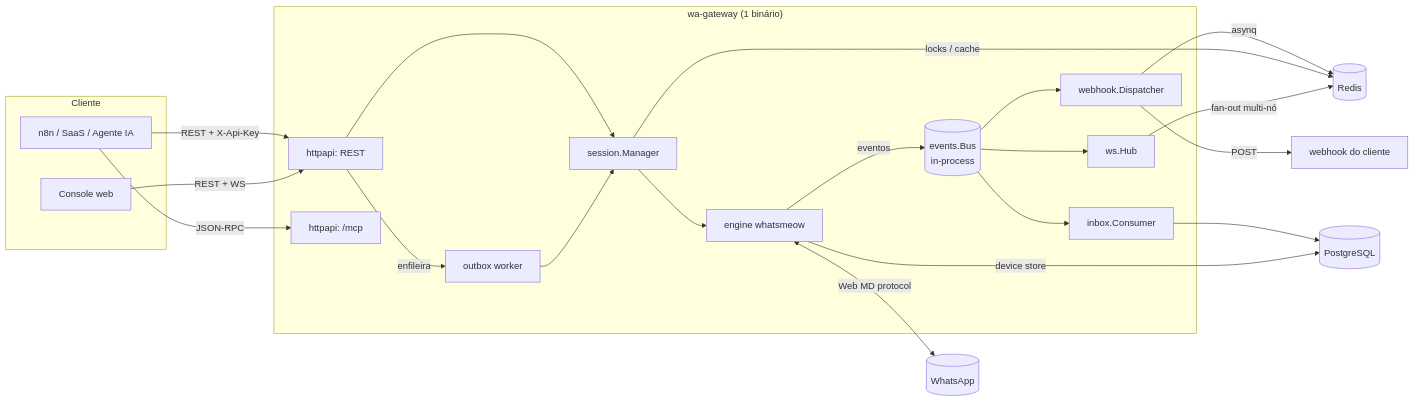
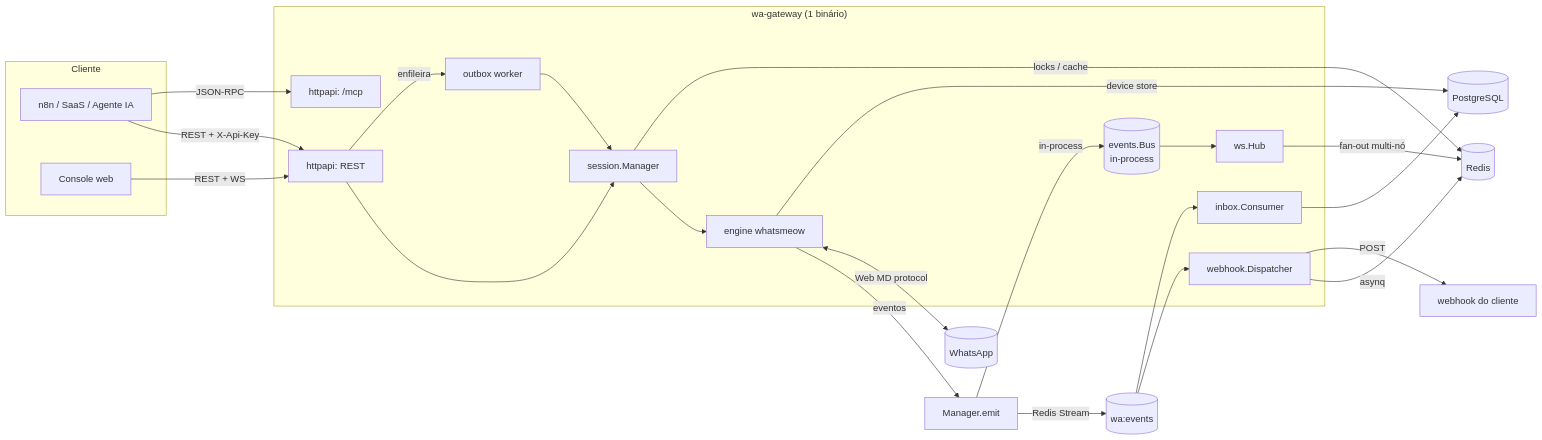
The first of 4 diagrams in docs/ARCHITECTURE.md (fdsriopreto-code/wa-gateway), drawn with Mermaid before and after one commit. The commit also changed other lines of this file and 9 other files, not shown here.

First line of the commit message:
Log durável de eventos: Redis Stream + consumer groups (webhook, inbox)

````diff
--- a/docs/ARCHITECTURE.md
+++ b/docs/ARCHITECTURE.md
@@ -14,38 +14,40 @@
 ```mermaid
 flowchart LR
   subgraph Cliente
     N8N[n8n / SaaS / Agente IA]
     UI[Console web]
   end
 
   N8N -->|REST + X-Api-Key| API
   N8N -->|JSON-RPC| MCP
   UI -->|REST + WS| API
 
   subgraph "wa-gateway (1 binário)"
     API[httpapi: REST]
     MCP[httpapi: /mcp]
     SESS[session.Manager]
     ENG[engine whatsmeow]
     BUS[(events.Bus\nin-process)]
     DISP[webhook.Dispatcher]
     INBOX[inbox.Consumer]
     HUB[ws.Hub]
     OUT[outbox worker]
   end
 
   API --> SESS --> ENG
   API -->|enfileira| OUT --> SESS
-  ENG -->|eventos| BUS
-  BUS --> DISP
-  BUS --> INBOX
+  ENG -->|eventos| EMIT[Manager.emit]
+  EMIT -->|in-process| BUS
+  EMIT -->|Redis Stream| STREAM[(wa:events)]
   BUS --> HUB
+  STREAM --> DISP
+  STREAM --> INBOX
 
   ENG <-->|Web MD protocol| WA[(WhatsApp)]
   DISP -->|asynq| REDIS[(Redis)]
   DISP -->|POST| HOOK[webhook do cliente]
   INBOX --> PG[(PostgreSQL)]
   SESS -->|locks / cache| REDIS
   ENG -->|device store| PG
   HUB -->|fan-out multi-nó| REDIS
 ```
````
